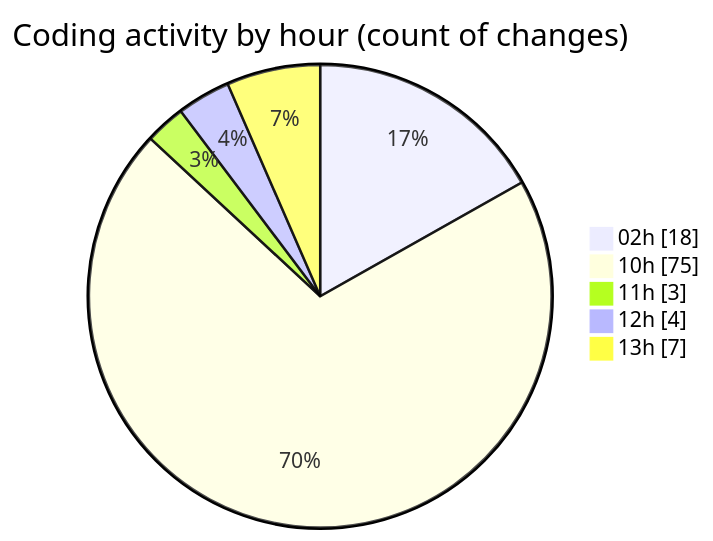
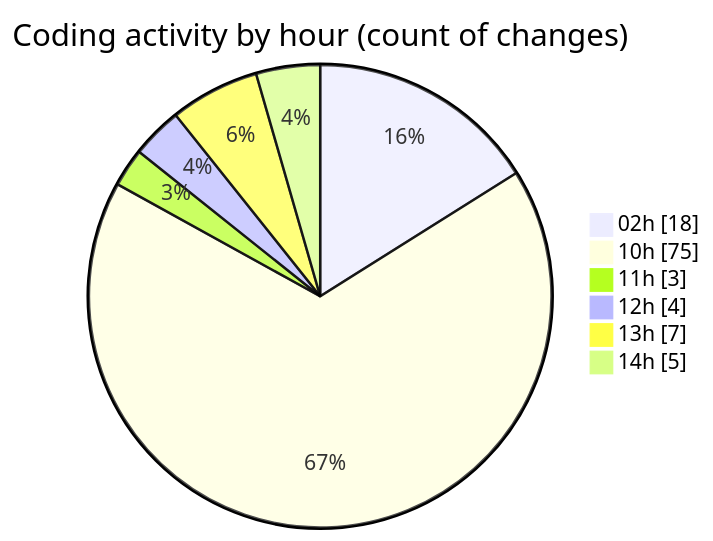
The second of 2 diagrams in 2026-07-08/twenty_versions_aminor/README.md (shibass792/code-tracking), drawn with Mermaid before and after one commit. The commit also changed other lines of this file and 1 other file, not shown here.

````diff
--- a/2026-07-08/twenty_versions_aminor/README.md
+++ b/2026-07-08/twenty_versions_aminor/README.md
@@ -34,9 +36,10 @@
 ```mermaid
 pie showData
 title Coding activity by hour (count of changes)
 "02h" : 18
 "10h" : 75
 "11h" : 3
 "12h" : 4
 "13h" : 7
+"14h" : 5
 ```
````
